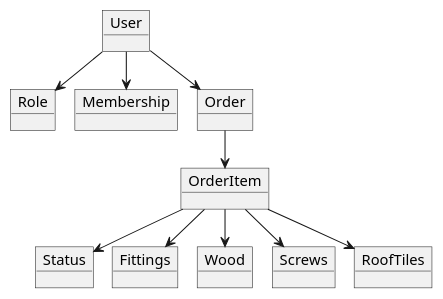
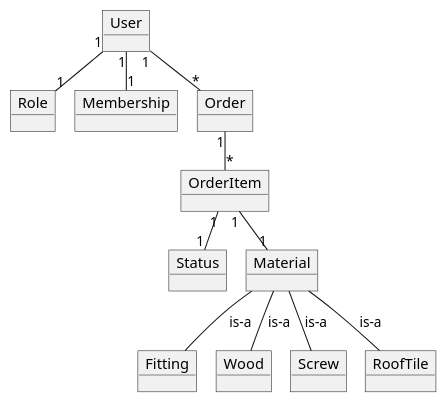
One commit to HeinLarsen/fog-carport changed the diagram in documentation/DomæneDiagram.puml. Above: the diagram before and after it, drawn with PlantUML. The commit also changed 1 other file, not shown here.

```diff
--- a/documentation/DomæneDiagram.puml
+++ b/documentation/DomæneDiagram.puml
@@ -1,31 +1,33 @@
 @startuml
 'https://plantuml.com/object-diagram
 !pragma layout smetana
 
 object User
 object Status
 object Role
 object Membership
 object Order
 object OrderItem
-object Fittings
+object Material
+object Fitting
 object Wood
-object Screws
-object RoofTiles
+object Screw
+object RoofTile
 
-Order --> OrderItem
-OrderItem --> Status
-OrderItem --> Fittings
-OrderItem --> Wood
-OrderItem --> Screws
-OrderItem --> RoofTiles
+Order "1" -- "*" OrderItem
+OrderItem "1" -- "1" Status
+OrderItem "1" -- "1" Material
+Material -- Fitting : is-a
+Material -- Wood : is-a
+Material -- Screw : is-a
+Material -- RoofTile : is-a
 
-User --> Role
-User --> Membership
-User --> Order
+User "1" -- "1" Role
+User "1" -- "1" Membership
+User "1" -- "*" Order
 
 
 
 
 
 @enduml
```
